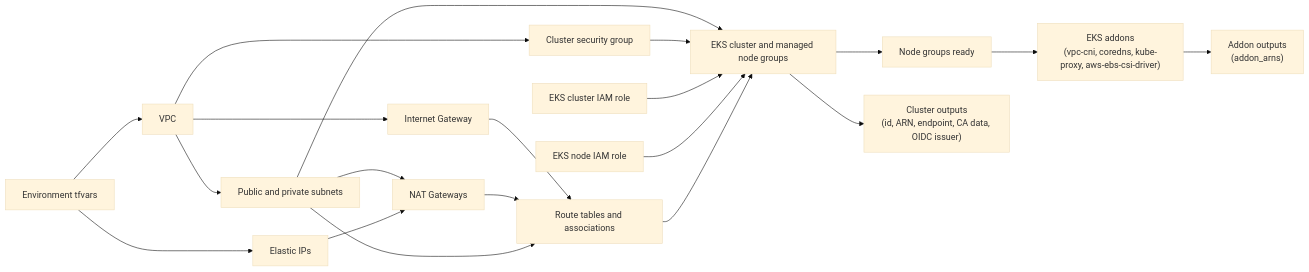
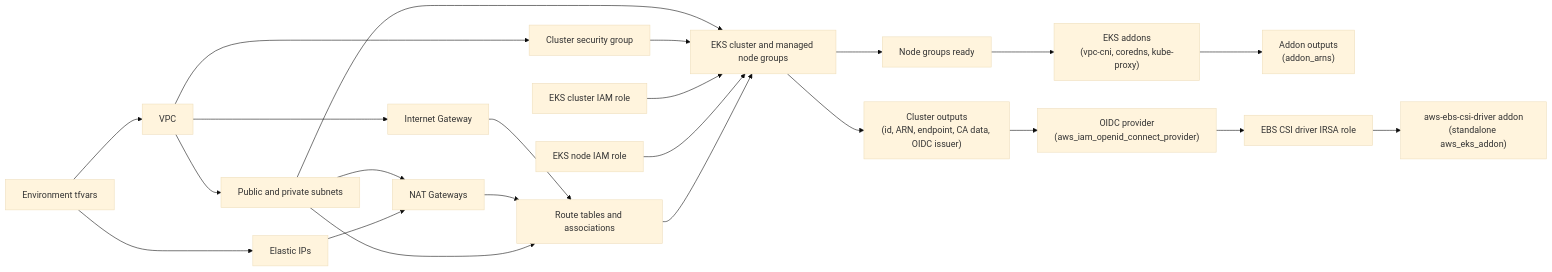
Before and after one commit to BigCat3997/pinwheel-aws-infra: the second of 2 diagrams in modules/impl/eks-standards/README.md, drawn with Mermaid (base theme). The commit also changed other lines of this file and 4 other files, not shown here.

Commit message:
apply addon inside eks_standards module

````diff
--- a/modules/impl/eks-standards/README.md
+++ b/modules/impl/eks-standards/README.md
@@ -74,32 +74,36 @@
 ```mermaid
 flowchart LR
   inputs["Environment tfvars"]
 
   inputs --> vpc["VPC"]
   vpc --> subnets["Public and private subnets"]
   vpc --> igw["Internet Gateway"]
   inputs --> eips["Elastic IPs"]
 
   subnets --> nat["NAT Gateways"]
   eips --> nat
   igw --> routes["Route tables and associations"]
   nat --> routes
   subnets --> routes
 
   vpc --> cluster_sg["Cluster security group"]
 
   cluster_role["EKS cluster IAM role"]
   node_role["EKS node IAM role"]
 
   subnets --> eks["EKS cluster and managed node groups"]
   cluster_sg --> eks
   cluster_role --> eks
   node_role --> eks
   routes --> eks
 
   eks --> node_groups_ready["Node groups ready"]
-  node_groups_ready --> addons["EKS addons<br/>(vpc-cni, coredns, kube-proxy, aws-ebs-csi-driver)"]
+  node_groups_ready --> addons["EKS addons<br/>(vpc-cni, coredns, kube-proxy)"]
 
   eks --> outputs["Cluster outputs<br/>(id, ARN, endpoint, CA data, OIDC issuer)"]
   addons --> outputs2["Addon outputs<br/>(addon_arns)"]
+
+  outputs --> oidc["OIDC provider<br/>(aws_iam_openid_connect_provider)"]
+  oidc --> ebs_role["EBS CSI driver IRSA role"]
+  ebs_role --> ebs_addon["aws-ebs-csi-driver addon<br/>(standalone aws_eks_addon)"]
 ```
````
